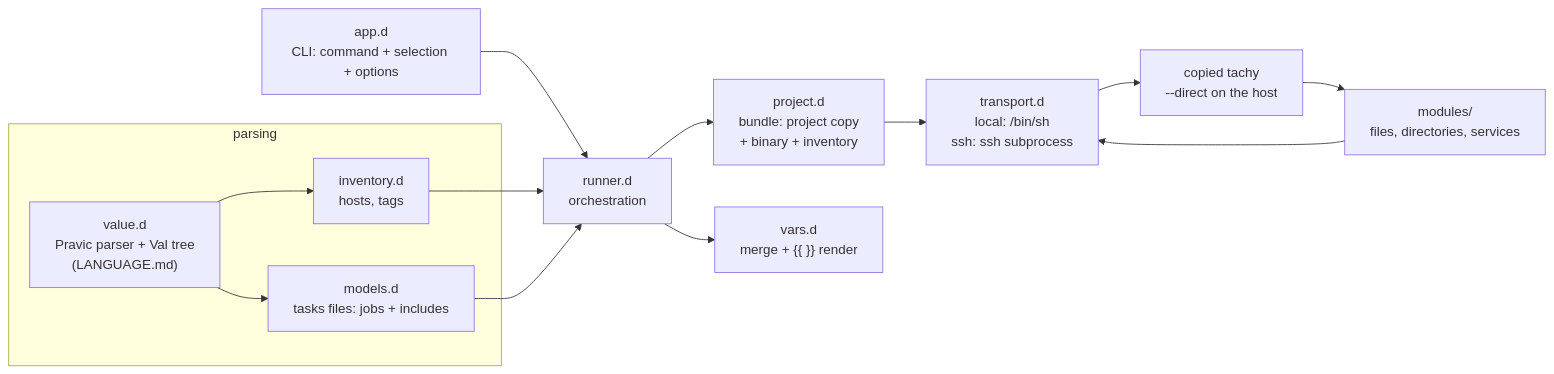
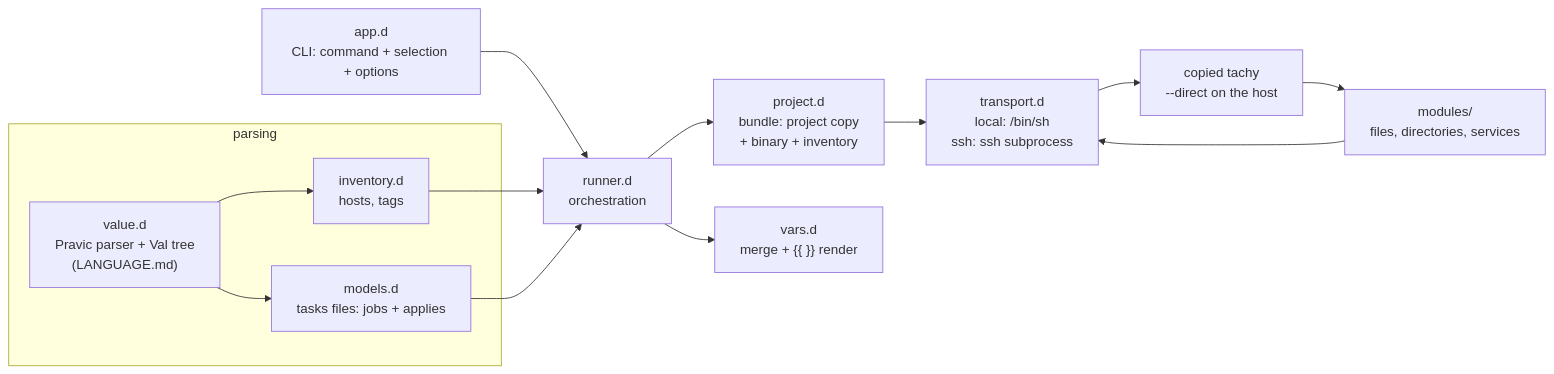
The diagram in README.md (marcpmichel/tachy), drawn with Mermaid before and after one commit. The commit also changed other lines of this file and 32 other files, not shown here.

````diff
--- a/README.md
+++ b/README.md
@@ -640,16 +640,16 @@
 ```mermaid
 flowchart LR
     CLI["app.d\nCLI: command + selection + options"] --> RUN["runner.d\norchestration"]
     INV["inventory.d\nhosts, tags"] --> RUN
-    MOD["models.d\ntasks files: jobs + includes"] --> RUN
+    MOD["models.d\ntasks files: jobs + applies"] --> RUN
     RUN --> PROJ["project.d\nbundle: project copy\n+ binary + inventory"]
     PROJ --> TR["transport.d\nlocal: /bin/sh\nssh: ssh subprocess"]
     TR --> INNER["copied tachy\n--direct on the host"] --> MODS["modules/\nfiles, directories, services"]
     MODS --> TR
     RUN --> VARS["vars.d\nmerge + {{ }} render"]
     subgraph parsing
         VAL["value.d\nPravic parser + Val tree\n(LANGUAGE.md)"]
         VAL --> INV
         VAL --> MOD
     end
 ```
````
